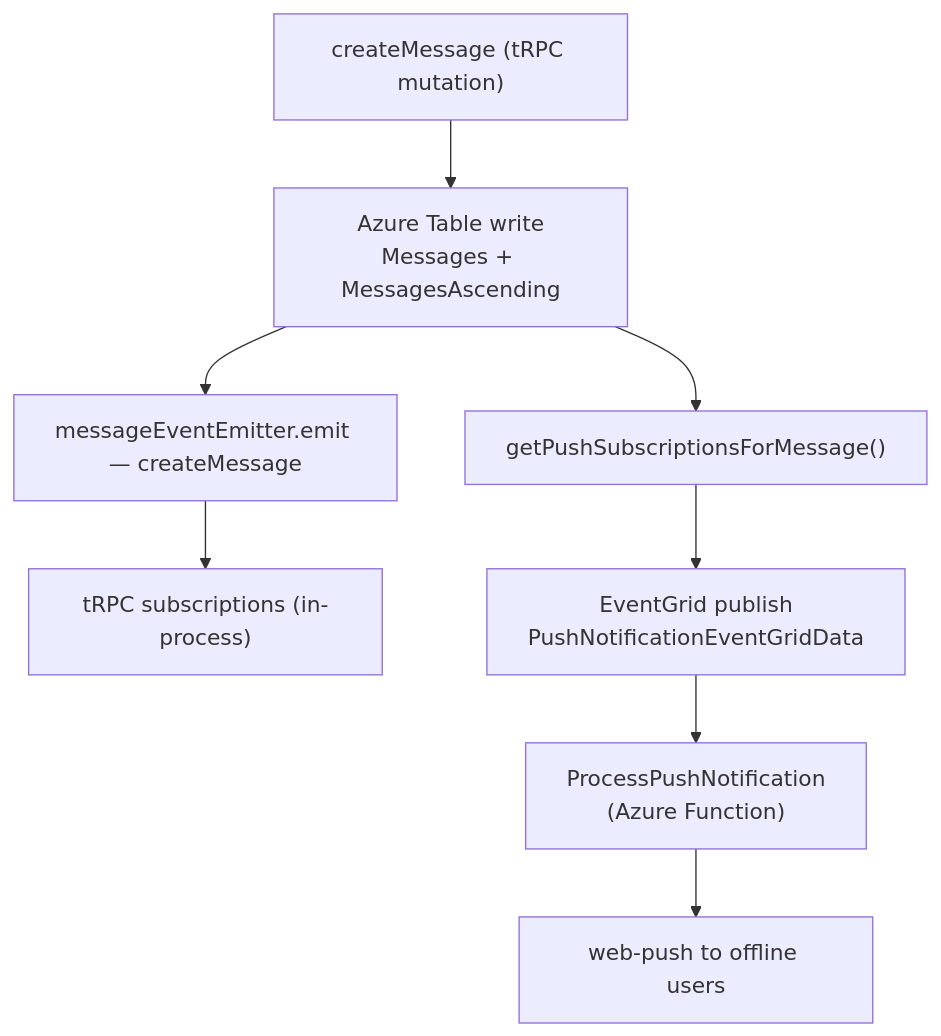
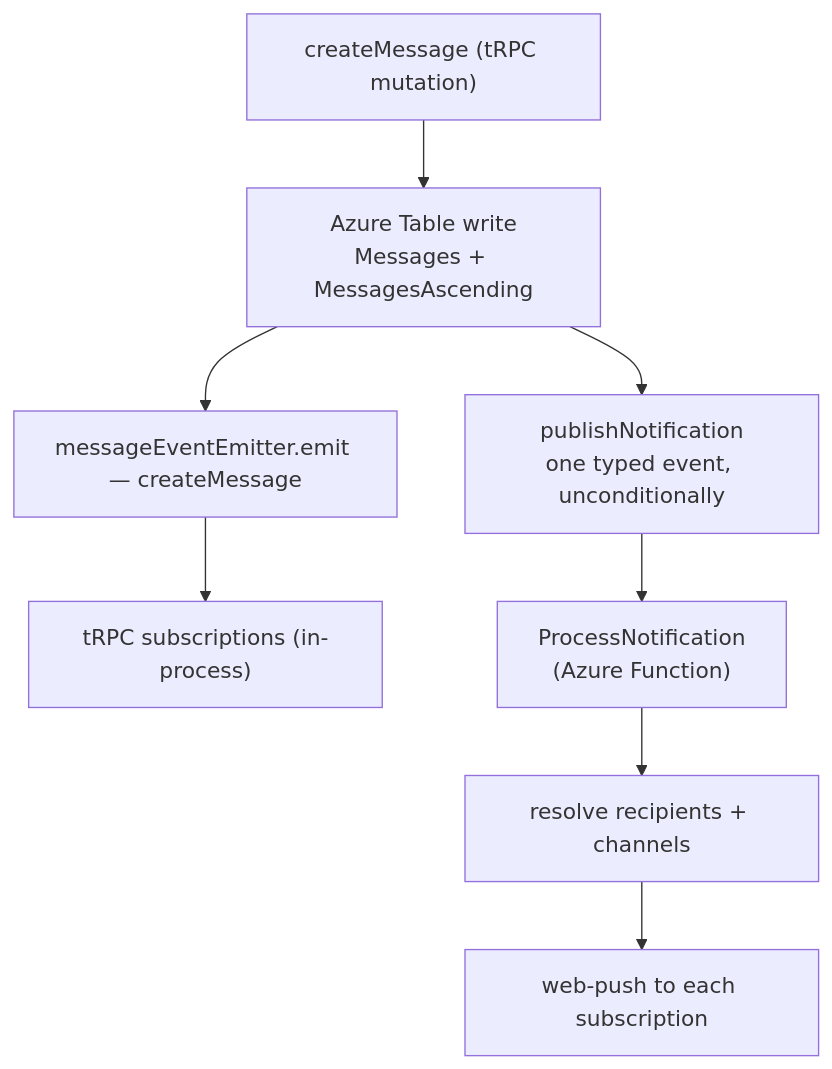
One commit to Esposter/Esposter changed the second of 2 diagrams in packages/app/content/docs/architecture/azure-services.md. Above: the diagram before and after it, drawn with Mermaid. The commit also changed other lines of this file and 16 other files, not shown here.

First line of the commit message:
docs(notification): one page for the consolidated pipeline

````diff
--- a/packages/app/content/docs/architecture/azure-services.md
+++ b/packages/app/content/docs/architecture/azure-services.md
@@ -94,10 +94,10 @@
 ```mermaid
 flowchart TD
   CM["createMessage (tRPC mutation)"] --> AT["Azure Table write<br/>Messages + MessagesAscending"]
   AT --> EE["messageEventEmitter.emit — createMessage"]
   EE --> SUB["tRPC subscriptions (in-process)"]
-  AT --> PS["getPushSubscriptionsForMessage()"]
-  PS --> EG["EventGrid publish<br/>PushNotificationEventGridData"]
-  EG --> FN["ProcessPushNotification<br/>(Azure Function)"]
-  FN --> WP["web-push to offline users"]
+  AT --> EG["publishNotification<br/>one typed event, unconditionally"]
+  EG --> FN["ProcessNotification<br/>(Azure Function)"]
+  FN --> RES["resolve recipients + channels"]
+  RES --> WP["web-push to each subscription"]
 ```
````
